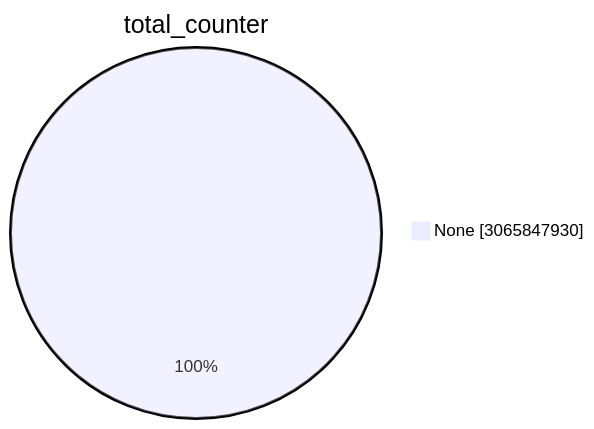
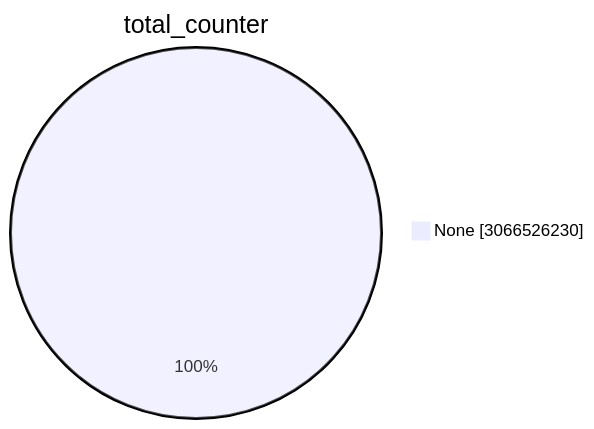
The first of 15 diagrams in TOTAL/README.md (christiankrug/ctmonitor_visualization), drawn with Mermaid before and after one commit. The commit also changed other lines of this file, not shown here.

````diff
--- a/TOTAL/README.md
+++ b/TOTAL/README.md
@@ -1,5 +1,5 @@
 ```mermaid
 pie showData
 title total_counter
-"None" :3065847930
+"None" :3066526230
 ```
````
